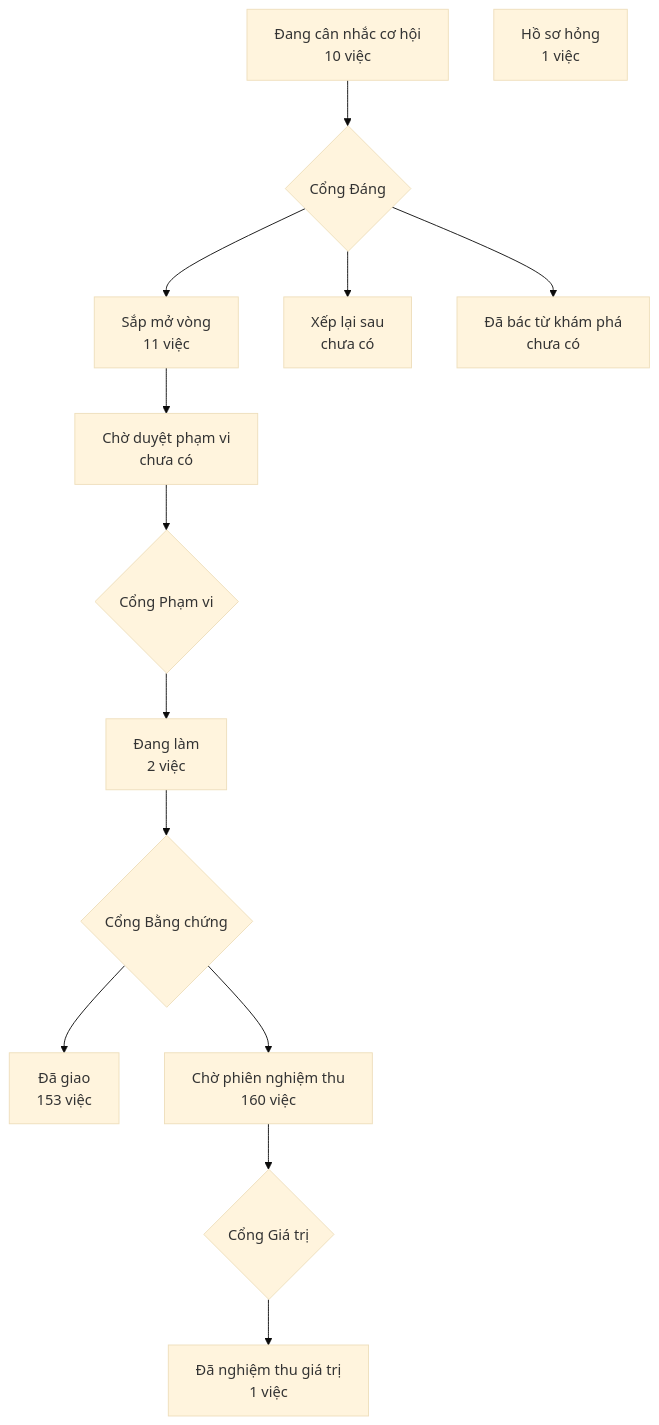
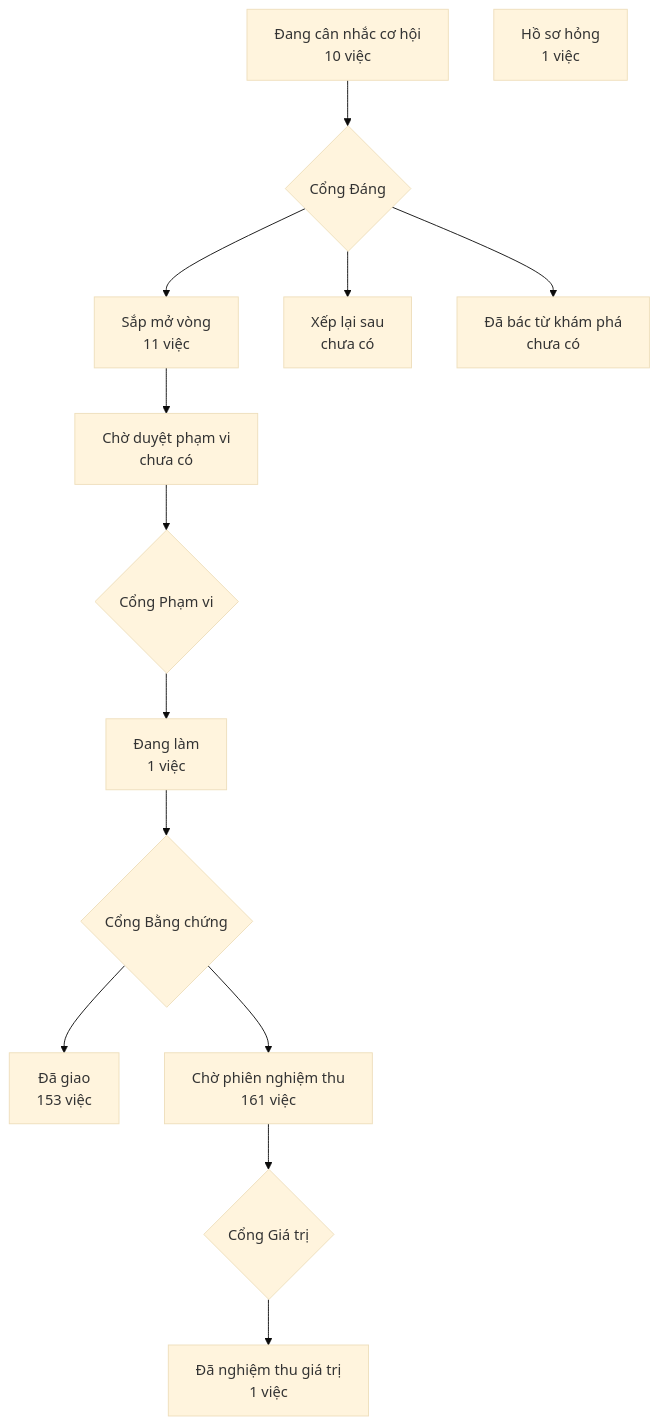
The diagram in PRODUCT-MAP.md (phanlemanh/crm-onehub), drawn with Mermaid (base theme) before and after one commit. The commit also changed 1 other file, not shown here.

Commit message:
docs(ngan-kr-mot-cho): vẽ lại bản đồ sau chữ ký

````diff
--- a/PRODUCT-MAP.md
+++ b/PRODUCT-MAP.md
@@ -7,13 +7,13 @@
 ```mermaid
 flowchart TD
   A["Đang cân nhắc cơ hội<br/>10 việc"] --> GD{"Cổng Đáng"}
   GD --> B["Sắp mở vòng<br/>11 việc"]
   GD --> XL["Xếp lại sau<br/>chưa có"]
   GD --> DB["Đã bác từ khám phá<br/>chưa có"]
   B --> CD["Chờ duyệt phạm vi<br/>chưa có"] --> GP{"Cổng Phạm vi"}
-  GP --> DL["Đang làm<br/>2 việc"] --> GB{"Cổng Bằng chứng"}
+  GP --> DL["Đang làm<br/>1 việc"] --> GB{"Cổng Bằng chứng"}
   GB --> DG["Đã giao<br/>153 việc"]
-  GB --> CN["Chờ phiên nghiệm thu<br/>160 việc"] --> GG{"Cổng Giá trị"}
+  GB --> CN["Chờ phiên nghiệm thu<br/>161 việc"] --> GG{"Cổng Giá trị"}
   GG --> NT["Đã nghiệm thu giá trị<br/>1 việc"]
   HS["Hồ sơ hỏng<br/>1 việc"]
 ```
````
